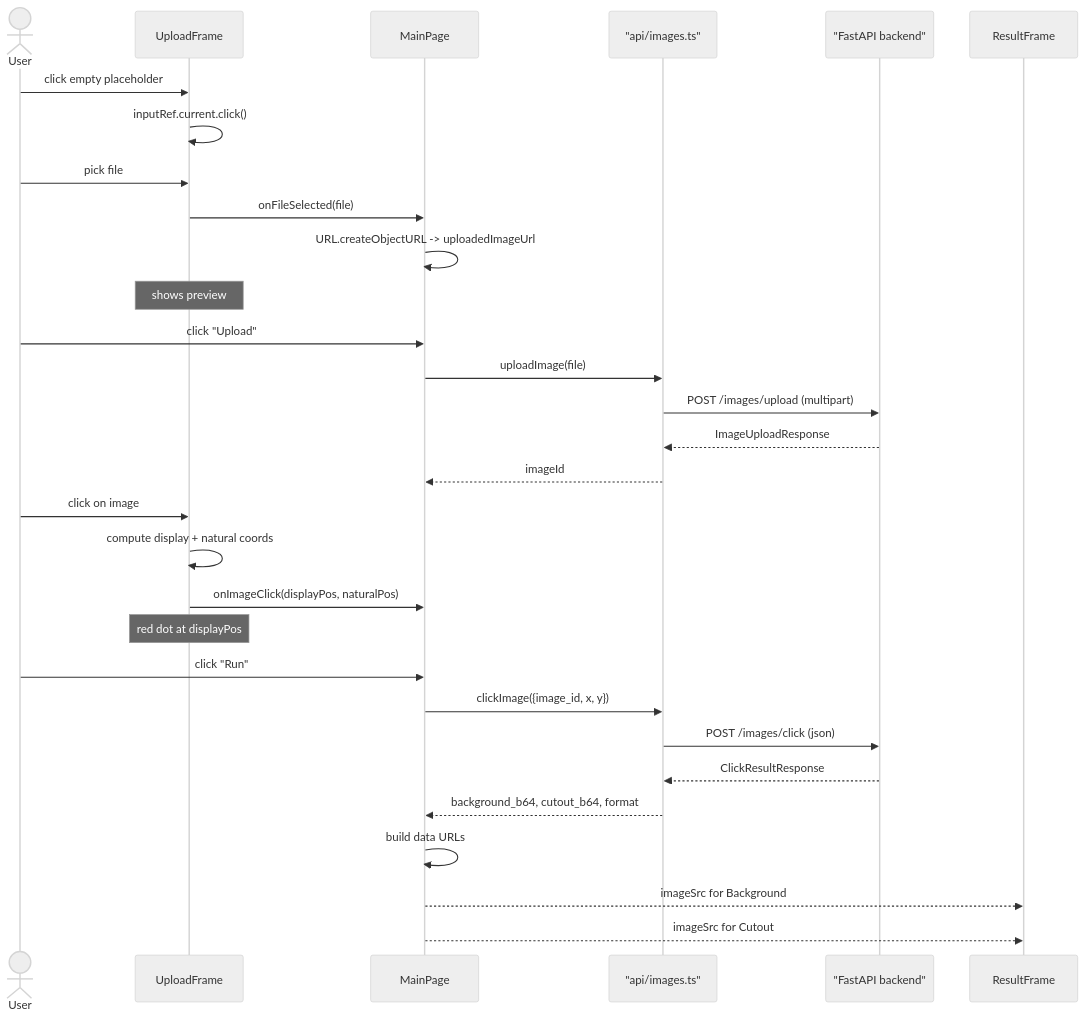
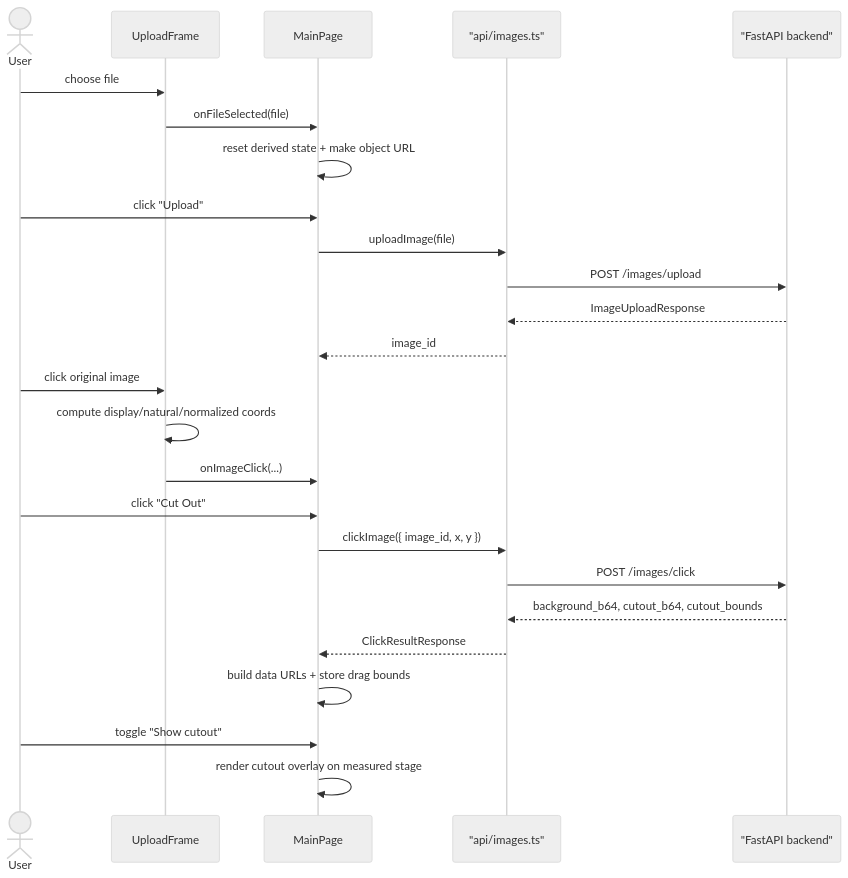
Before and after one commit to 1mache/avroom: the first of 2 diagrams in docs/frontend/user-flow.md, drawn with Mermaid (neutral theme). The commit also changed other lines of this file and 17 other files, not shown here.

Commit message:
Added drag and drop to cutouts. new data about the cutout is being generated in backend

````diff
--- a/docs/frontend/user-flow.md
+++ b/docs/frontend/user-flow.md
@@ -7,36 +7,32 @@
 ```mermaid
 sequenceDiagram
     actor User
     participant UF as UploadFrame
     participant MP as MainPage
     participant API as "api/images.ts"
     participant Backend as "FastAPI backend"
-    participant RF as ResultFrame
 
-    User->>UF: click empty placeholder
-    UF->>UF: inputRef.current.click()
-    User->>UF: pick file
+    User->>UF: choose file
     UF->>MP: onFileSelected(file)
-    MP->>MP: URL.createObjectURL -> uploadedImageUrl
-    Note over UF: shows preview
+    MP->>MP: reset derived state + make object URL
 
     User->>MP: click "Upload"
     MP->>API: uploadImage(file)
-    API->>Backend: POST /images/upload (multipart)
+    API->>Backend: POST /images/upload
     Backend-->>API: ImageUploadResponse
-    API-->>MP: imageId
+    API-->>MP: image_id
 
-    User->>UF: click on image
-    UF->>UF: compute display + natural coords
-    UF->>MP: onImageClick(displayPos, naturalPos)
-    Note over UF: red dot at displayPos
+    User->>UF: click original image
+    UF->>UF: compute display/natural/normalized coords
+    UF->>MP: onImageClick(...)
 
-    User->>MP: click "Run"
-    MP->>API: clickImage({image_id, x, y})
-    API->>Backend: POST /images/click (json)
-    Backend-->>API: ClickResultResponse
-    API-->>MP: background_b64, cutout_b64, format
-    MP->>MP: build data URLs
-    MP-->>RF: imageSrc for Background
-    MP-->>RF: imageSrc for Cutout
+    User->>MP: click "Cut Out"
+    MP->>API: clickImage({ image_id, x, y })
+    API->>Backend: POST /images/click
+    Backend-->>API: background_b64, cutout_b64, cutout_bounds
+    API-->>MP: ClickResultResponse
+    MP->>MP: build data URLs + store drag bounds
+
+    User->>MP: toggle "Show cutout"
+    MP->>MP: render cutout overlay on measured stage
 ```
````
